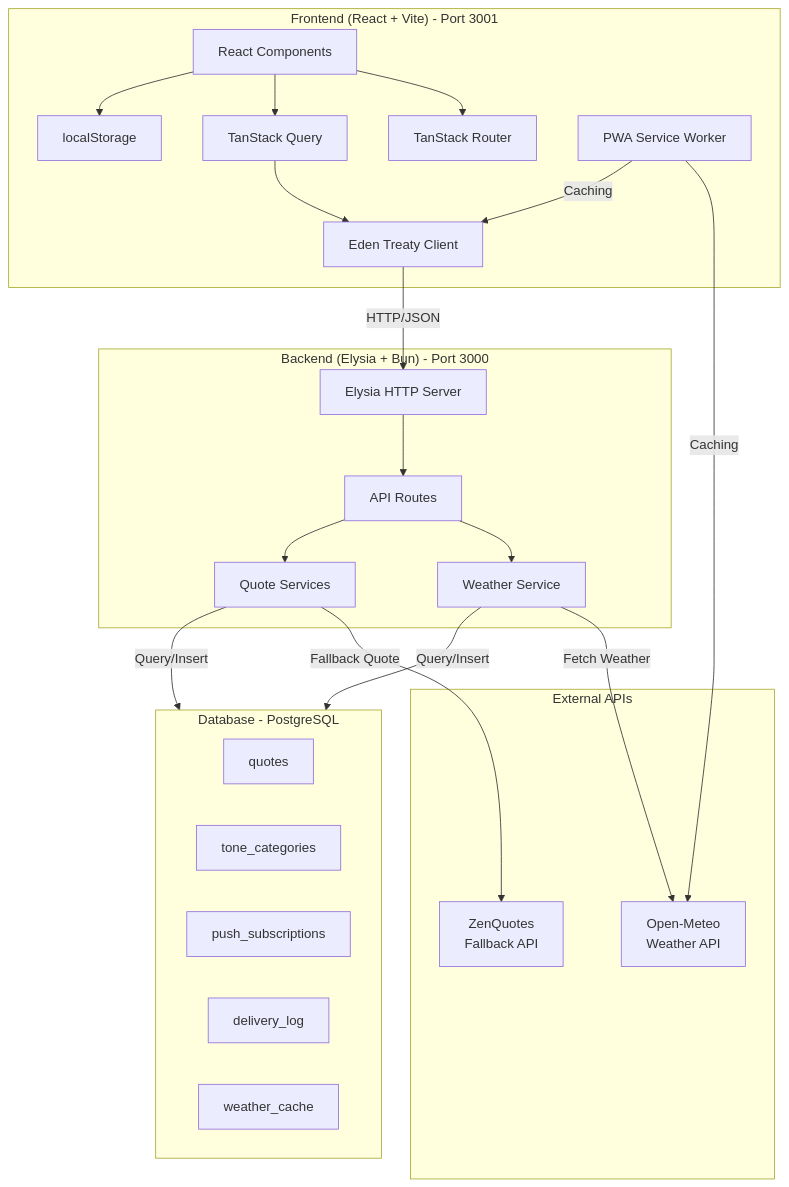
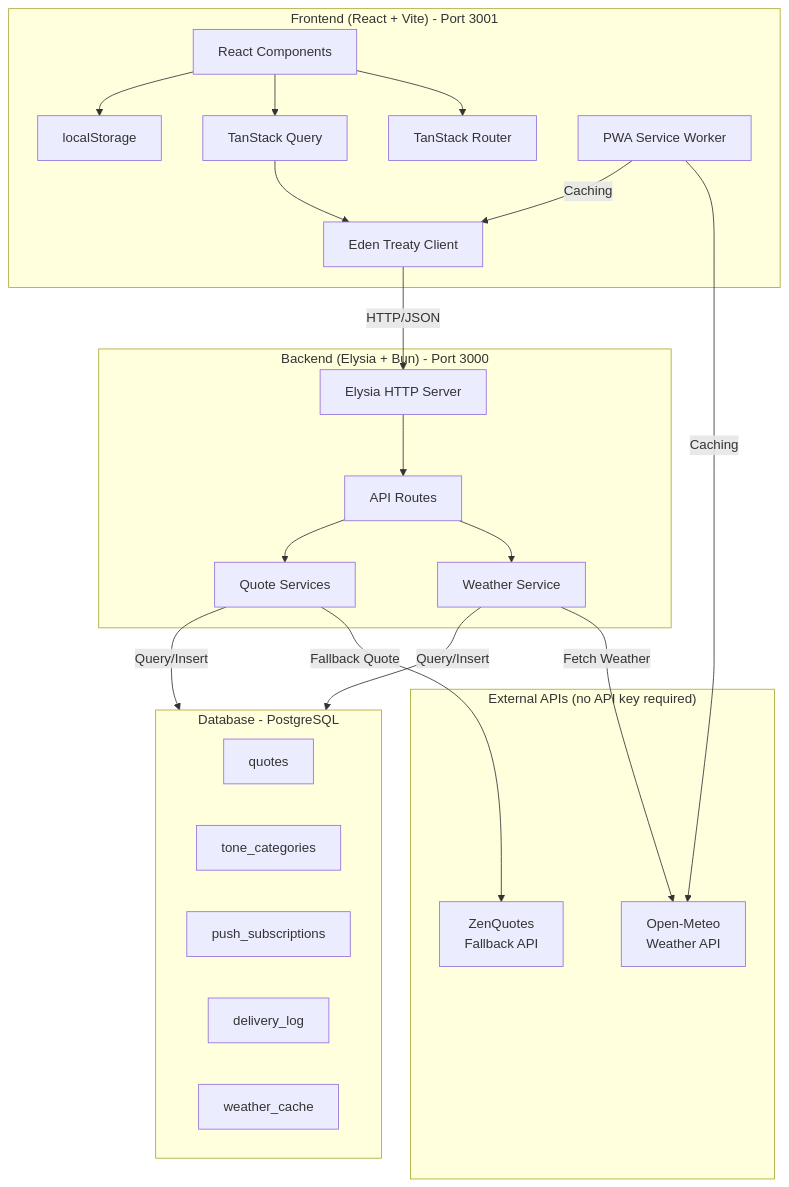
The first of 2 diagrams in docs/README.md (RobertKeithJ/dawncast), drawn with Mermaid before and after one commit. The commit also changed other lines of this file and 11 other files, not shown here.

````diff
--- a/docs/README.md
+++ b/docs/README.md
@@ -7,48 +7,48 @@
 ```mermaid
 flowchart TB
     subgraph Client["Frontend (React + Vite) - Port 3001"]
         UI["React Components"]
         Router["TanStack Router"]
         Query["TanStack Query"]
         API["Eden Treaty Client"]
         Storage["localStorage"]
         PWA["PWA Service Worker"]
     end
 
     subgraph Server["Backend (Elysia + Bun) - Port 3000"]
         Elysia["Elysia HTTP Server"]
         WServices["Weather Service"]
         QServices["Quote Services"]
         APIRoutes["API Routes"]
     end
 
     subgraph DB["Database - PostgreSQL"]
         Quotes["quotes"]
         ToneCategories["tone_categories"]
         Subscriptions["push_subscriptions"]
         DeliveryLog["delivery_log"]
         WeatherCache["weather_cache"]
     end
 
-    subgraph External["External APIs"]
+    subgraph External["External APIs (no API key required)"]
         OM["Open-Meteo\nWeather API"]
         Zen["ZenQuotes\nFallback API"]
     end
 
     UI --> Router
     UI --> Query
     Query --> API
     API -->|HTTP/JSON| Elysia
     UI --> Storage
     PWA -->|Caching| OM
     PWA -->|Caching| API
 
     Elysia --> APIRoutes
     APIRoutes --> WServices
     APIRoutes --> QServices
 
     WServices -->|Query/Insert| DB
     QServices -->|Query/Insert| DB
     WServices -->|Fetch Weather| OM
     QServices -->|Fallback Quote| Zen
 ```
````
